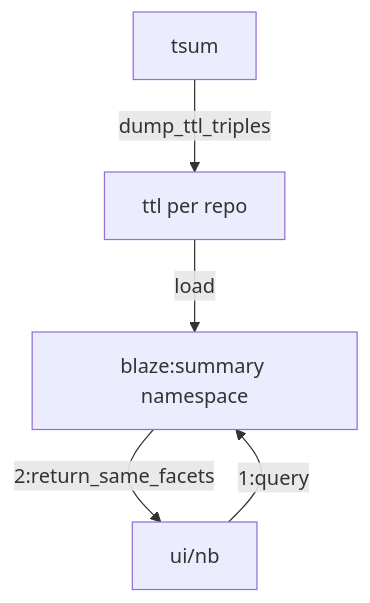
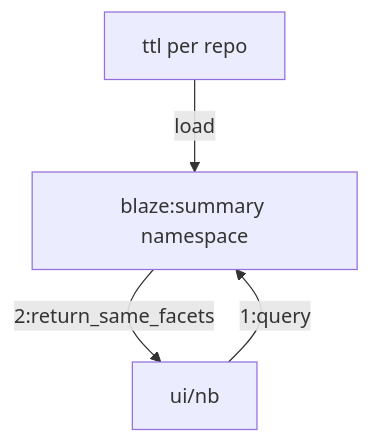
One commit to MBcode/ec changed the second of 3 diagrams in summary.md. Above: the diagram before and after it, drawn with Mermaid. The commit also changed other lines of this file, not shown here.

First line of the commit message:
Update summary.md

````diff
--- a/summary.md
+++ b/summary.md
@@ -16,5 +16,5 @@
 ```mermaid
 flowchart TD;
-tsum -- dump_ttl_triples --> T[ttl per repo]  -- load --> B[blaze:summary namespace];;
+T[ttl per repo]  -- load --> B[blaze:summary namespace];
 search[ui/nb] -- 1:query --> B -- 2:return_same_facets --> search;
 ```
````
